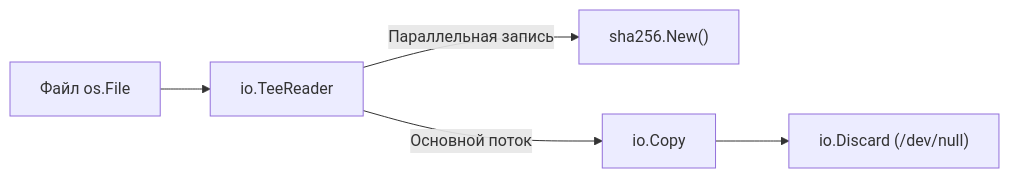
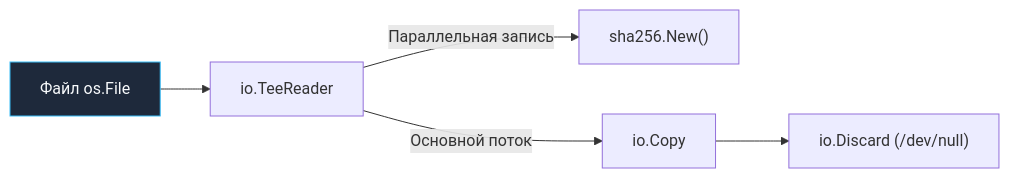
Before and after one commit to UnrealTemplier/go-textbook: the third of 3 diagrams in sources/6. Стандартная библиотека Go/4. io. Reader, Writer и философия потоков в Go.md, drawn with Mermaid. The commit also changed other lines of this file and 1666 other files, not shown here.

First line of the commit message:
feat(mermaid): add semantic color classDef to 1369 colorless flowchart/graph diagrams

````diff
--- a/sources/6. Стандартная библиотека Go/4. io. Reader, Writer и философия потоков в Go.md
+++ b/sources/6. Стандартная библиотека Go/4. io. Reader, Writer и философия потоков в Go.md
@@ -204,7 +224,17 @@
 ```mermaid
 flowchart LR
-    File["Файл os.File"] --> Tee["io.TeeReader"]
+    classDef process  fill:#1e293b,stroke:#38bdf8,stroke-width:1px,color:#f8fafc
+    classDef success  fill:#064e3b,stroke:#34d399,stroke-width:1px,color:#f8fafc
+    classDef error    fill:#7f1d1d,stroke:#f87171,stroke-width:1px,color:#f8fafc
+    classDef warning  fill:#78350f,stroke:#fbbf24,stroke-width:1px,color:#f8fafc
+    classDef entry    fill:#1e3a5f,stroke:#38bdf8,stroke-width:2px,color:#f8fafc
+    classDef aux      fill:#334155,stroke:#64748b,stroke-width:1px,color:#f8fafc
+    classDef system   fill:#312e81,stroke:#a78bfa,stroke-width:1px,color:#f8fafc
+    classDef data     fill:#132d29,stroke:#2dd4bf,stroke-width:1px,color:#f8fafc
+    classDef network  fill:#881337,stroke:#fb7185,stroke-width:1px,color:#f8fafc
+    classDef accent   fill:#1e1b4b,stroke:#818cf8,stroke-width:1px,color:#f8fafc
+    File["Файл os.File"]:::process --> Tee["io.TeeReader"]
     Tee -->|"Параллельная запись"| Hash["sha256.New()"]
     Tee -->|"Основной поток"| Copy["io.Copy"]
     Copy --> Discard["io.Discard (/dev/null)"]
 ```
````
